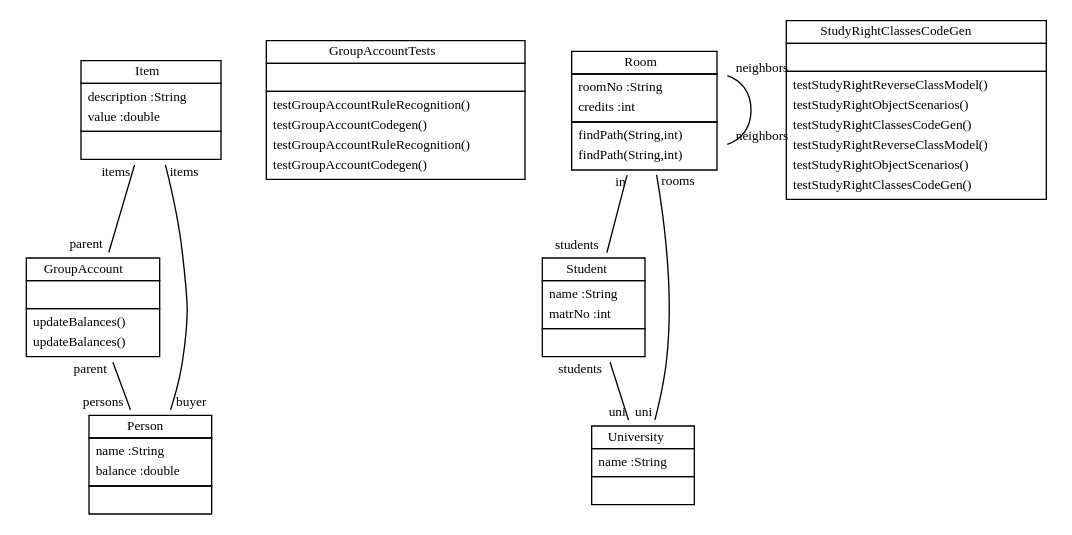
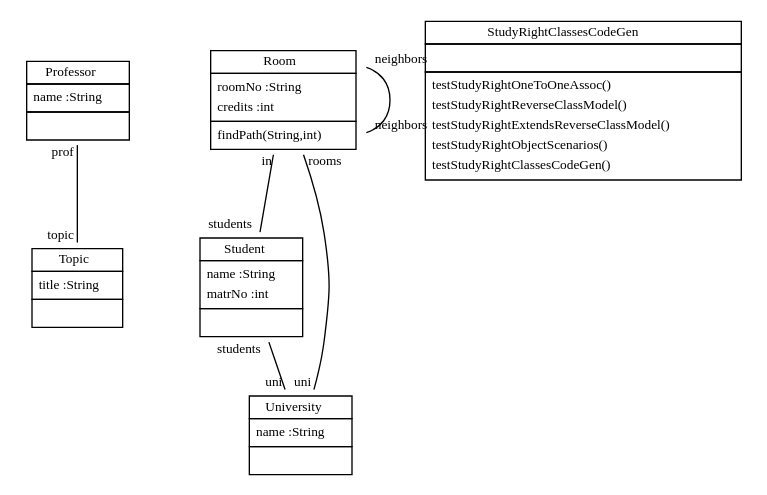
The diagram in doc/StudyRightReverseClassModel.dot (fujaba/SDMLib), drawn with Graphviz before and after one commit. The commit also changed 69 other files, not shown here.

```diff
--- a/doc/StudyRightReverseClassModel.dot
+++ b/doc/StudyRightReverseClassModel.dot
@@ -1,25 +1,21 @@
 
- graph ClassDiagram {
+ digraph ClassDiagram {
     node [shape = none, fontsize = 10]; 
     edge [fontsize = 10];
     
     
-    GroupAccount [label=<<table border='0' cellborder='1' cellspacing='0'> <tr> <td>GroupAccount</td> </tr> <tr><td><table border='0' cellborder='0' cellspacing='0'> <tr><td> </td></tr> </table></td></tr> <tr><td><table border='0' cellborder='0' cellspacing='0'> <tr><td align='left'>updateBalances()</td></tr> <tr><td align='left'>updateBalances()</td></tr>  </table></td></tr> </table>>];
-    GroupAccountTests [label=<<table border='0' cellborder='1' cellspacing='0'> <tr> <td>GroupAccountTests</td> </tr> <tr><td><table border='0' cellborder='0' cellspacing='0'> <tr><td> </td></tr> </table></td></tr> <tr><td><table border='0' cellborder='0' cellspacing='0'> <tr><td align='left'>testGroupAccountRuleRecognition()</td></tr> <tr><td align='left'>testGroupAccountCodegen()</td></tr> <tr><td align='left'>testGroupAccountRuleRecognition()</td></tr> <tr><td align='left'>testGroupAccountCodegen()</td></tr>  </table></td></tr> </table>>];
-    Item [label=<<table border='0' cellborder='1' cellspacing='0'> <tr> <td>Item</td> </tr> <tr><td><table border='0' cellborder='0' cellspacing='0'> <tr><td align='left'>description :String</td></tr> <tr><td align='left'>value :double</td></tr>  </table></td></tr> <tr><td><table border='0' cellborder='0' cellspacing='0'> <tr><td> </td></tr> </table></td></tr> </table>>];
-    Person [label=<<table border='0' cellborder='1' cellspacing='0'> <tr> <td>Person</td> </tr> <tr><td><table border='0' cellborder='0' cellspacing='0'> <tr><td align='left'>name :String</td></tr> <tr><td align='left'>balance :double</td></tr>  </table></td></tr> <tr><td><table border='0' cellborder='0' cellspacing='0'> <tr><td> </td></tr> </table></td></tr> </table>>];
-    Room [label=<<table border='0' cellborder='1' cellspacing='0'> <tr> <td>Room</td> </tr> <tr><td><table border='0' cellborder='0' cellspacing='0'> <tr><td align='left'>roomNo :String</td></tr> <tr><td align='left'>credits :int</td></tr>  </table></td></tr> <tr><td><table border='0' cellborder='0' cellspacing='0'> <tr><td align='left'>findPath(String,int)</td></tr> <tr><td align='left'>findPath(String,int)</td></tr>  </table></td></tr> </table>>];
+    Professor [label=<<table border='0' cellborder='1' cellspacing='0'> <tr> <td>Professor</td> </tr> <tr><td><table border='0' cellborder='0' cellspacing='0'> <tr><td align='left'>name :String</td></tr>  </table></td></tr> <tr><td><table border='0' cellborder='0' cellspacing='0'> <tr><td> </td></tr> </table></td></tr> </table>>];
+    Topic [label=<<table border='0' cellborder='1' cellspacing='0'> <tr> <td>Topic</td> </tr> <tr><td><table border='0' cellborder='0' cellspacing='0'> <tr><td align='left'>title :String</td></tr>  </table></td></tr> <tr><td><table border='0' cellborder='0' cellspacing='0'> <tr><td> </td></tr> </table></td></tr> </table>>];
+    Room [label=<<table border='0' cellborder='1' cellspacing='0'> <tr> <td>Room</td> </tr> <tr><td><table border='0' cellborder='0' cellspacing='0'> <tr><td align='left'>roomNo :String</td></tr> <tr><td align='left'>credits :int</td></tr>  </table></td></tr> <tr><td><table border='0' cellborder='0' cellspacing='0'> <tr><td align='left'>findPath(String,int)</td></tr>  </table></td></tr> </table>>];
     Student [label=<<table border='0' cellborder='1' cellspacing='0'> <tr> <td>Student</td> </tr> <tr><td><table border='0' cellborder='0' cellspacing='0'> <tr><td align='left'>name :String</td></tr> <tr><td align='left'>matrNo :int</td></tr>  </table></td></tr> <tr><td><table border='0' cellborder='0' cellspacing='0'> <tr><td> </td></tr> </table></td></tr> </table>>];
-    StudyRightClassesCodeGen [label=<<table border='0' cellborder='1' cellspacing='0'> <tr> <td>StudyRightClassesCodeGen</td> </tr> <tr><td><table border='0' cellborder='0' cellspacing='0'> <tr><td> </td></tr> </table></td></tr> <tr><td><table border='0' cellborder='0' cellspacing='0'> <tr><td align='left'>testStudyRightReverseClassModel()</td></tr> <tr><td align='left'>testStudyRightObjectScenarios()</td></tr> <tr><td align='left'>testStudyRightClassesCodeGen()</td></tr> <tr><td align='left'>testStudyRightReverseClassModel()</td></tr> <tr><td align='left'>testStudyRightObjectScenarios()</td></tr> <tr><td align='left'>testStudyRightClassesCodeGen()</td></tr>  </table></td></tr> </table>>];
+    StudyRightClassesCodeGen [label=<<table border='0' cellborder='1' cellspacing='0'> <tr> <td>StudyRightClassesCodeGen</td> </tr> <tr><td><table border='0' cellborder='0' cellspacing='0'> <tr><td> </td></tr> </table></td></tr> <tr><td><table border='0' cellborder='0' cellspacing='0'> <tr><td align='left'>testStudyRightOneToOneAssoc()</td></tr> <tr><td align='left'>testStudyRightReverseClassModel()</td></tr> <tr><td align='left'>testStudyRightExtendsReverseClassModel()</td></tr> <tr><td align='left'>testStudyRightObjectScenarios()</td></tr> <tr><td align='left'>testStudyRightClassesCodeGen()</td></tr>  </table></td></tr> </table>>];
     University [label=<<table border='0' cellborder='1' cellspacing='0'> <tr> <td>University</td> </tr> <tr><td><table border='0' cellborder='0' cellspacing='0'> <tr><td align='left'>name :String</td></tr>  </table></td></tr> <tr><td><table border='0' cellborder='0' cellspacing='0'> <tr><td> </td></tr> </table></td></tr> </table>>];
     
     
     
-    Item -- GroupAccount [headlabel = "parent" taillabel = "items"];
-    GroupAccount -- Person [headlabel = "persons" taillabel = "parent"];
-    Item -- Person [headlabel = "buyer" taillabel = "items"];
-    Room -- Room [headlabel = "neighbors" taillabel = "neighbors"];
-    Room -- Student [headlabel = "students" taillabel = "in"];
-    Room -- University [headlabel = "uni" taillabel = "rooms"];
-    Student -- University [headlabel = "uni" taillabel = "students"];
+    Professor -> Topic [headlabel = "topic" taillabel = "prof" arrowhead = "none" ];
+    Room -> Room [headlabel = "neighbors" taillabel = "neighbors" arrowhead = "none" ];
+    Room -> Student [headlabel = "students" taillabel = "in" arrowhead = "none" ];
+    Room -> University [headlabel = "uni" taillabel = "rooms" arrowhead = "none" ];
+    Student -> University [headlabel = "uni" taillabel = "students" arrowhead = "none" ];
 }
```
